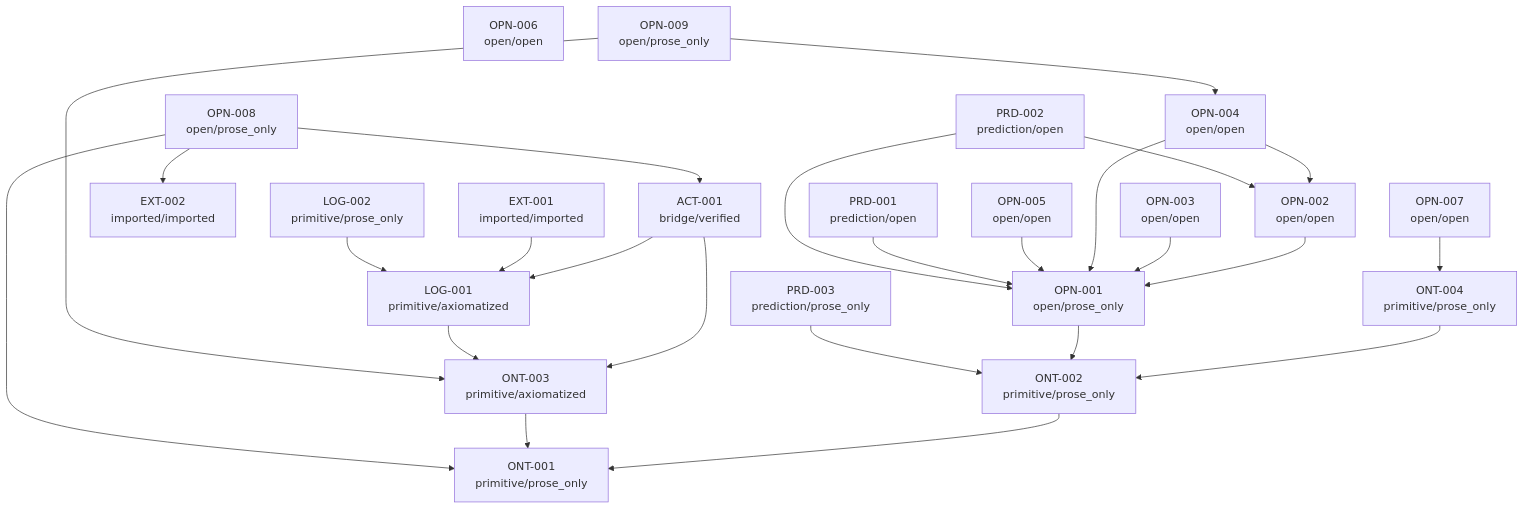
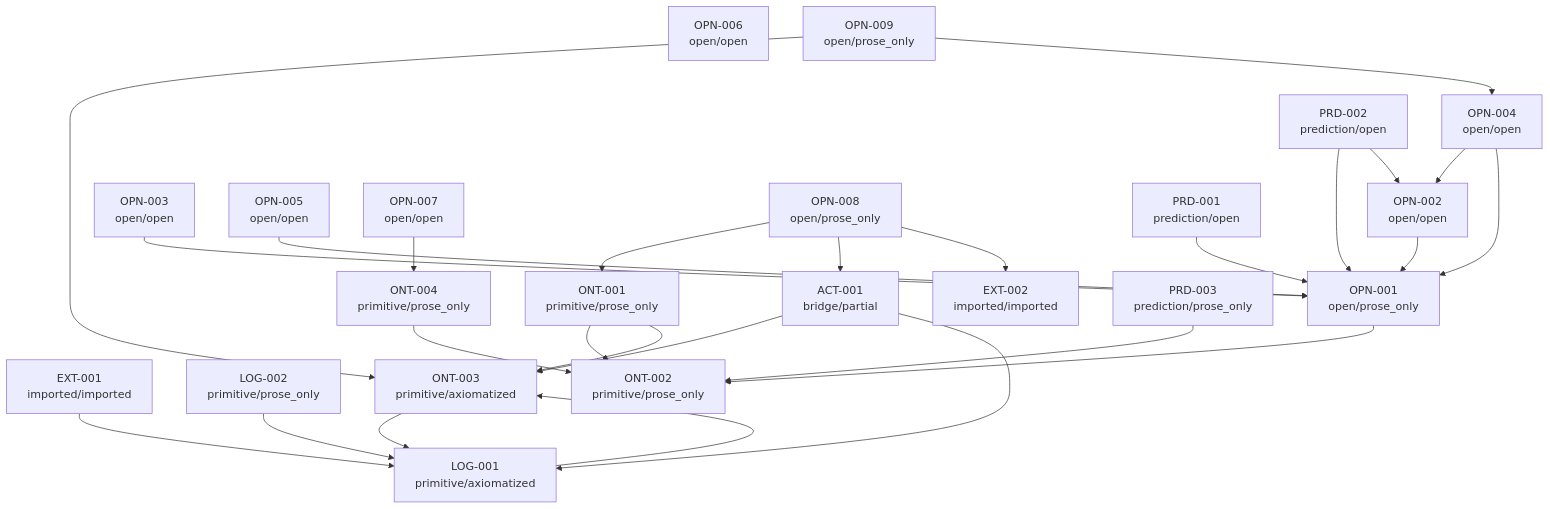
One commit to jdlongmire/triadic-reality-theory changed the diagram in traceability/generated/dependency-graph.mmd. Above: the diagram before and after it, drawn with Mermaid.

Commit message:
regenerate traceability after core normalization

```diff
--- a/traceability/generated/dependency-graph.mmd
+++ b/traceability/generated/dependency-graph.mmd
@@ -1,46 +1,47 @@
 graph TD
-  ACT-001["ACT-001<br/>bridge/verified"]
+  ACT-001["ACT-001<br/>bridge/partial"]
   EXT-001["EXT-001<br/>imported/imported"]
   EXT-002["EXT-002<br/>imported/imported"]
   LOG-001["LOG-001<br/>primitive/axiomatized"]
   LOG-002["LOG-002<br/>primitive/prose_only"]
   ONT-001["ONT-001<br/>primitive/prose_only"]
   ONT-002["ONT-002<br/>primitive/prose_only"]
   ONT-003["ONT-003<br/>primitive/axiomatized"]
   ONT-004["ONT-004<br/>primitive/prose_only"]
   OPN-001["OPN-001<br/>open/prose_only"]
   OPN-002["OPN-002<br/>open/open"]
   OPN-003["OPN-003<br/>open/open"]
   OPN-004["OPN-004<br/>open/open"]
   OPN-005["OPN-005<br/>open/open"]
   OPN-006["OPN-006<br/>open/open"]
   OPN-007["OPN-007<br/>open/open"]
   OPN-008["OPN-008<br/>open/prose_only"]
   OPN-009["OPN-009<br/>open/prose_only"]
   PRD-001["PRD-001<br/>prediction/open"]
   PRD-002["PRD-002<br/>prediction/open"]
   PRD-003["PRD-003<br/>prediction/prose_only"]
   ACT-001 --> ONT-003
   ACT-001 --> LOG-001
   EXT-001 --> LOG-001
   LOG-001 --> ONT-003
   LOG-002 --> LOG-001
-  ONT-002 --> ONT-001
-  ONT-003 --> ONT-001
+  ONT-001 --> ONT-002
+  ONT-001 --> ONT-003
+  ONT-003 --> LOG-001
   ONT-004 --> ONT-002
   OPN-001 --> ONT-002
   OPN-002 --> OPN-001
   OPN-003 --> OPN-001
   OPN-004 --> OPN-002
   OPN-004 --> OPN-001
   OPN-005 --> OPN-001
   OPN-007 --> ONT-004
   OPN-008 --> ONT-001
   OPN-008 --> ACT-001
   OPN-008 --> EXT-002
   OPN-009 --> ONT-003
   OPN-009 --> OPN-004
   PRD-001 --> OPN-001
   PRD-002 --> OPN-001
   PRD-002 --> OPN-002
   PRD-003 --> ONT-002
```
